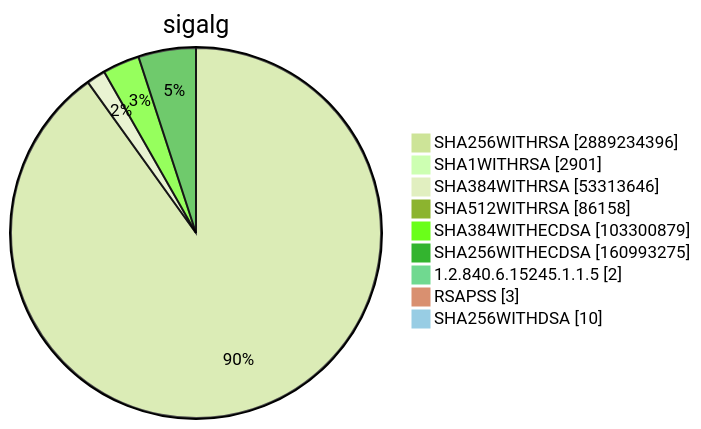
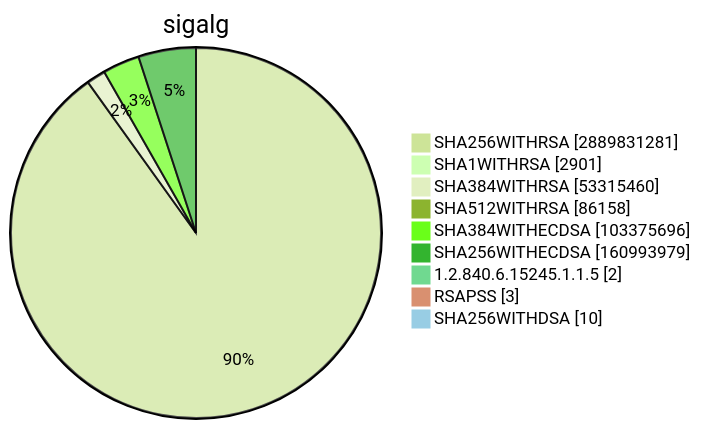
Before and after one commit to christiankrug/ctmonitor_visualization: diagram 15 of 15 in TOTAL/README.md, drawn with Mermaid (forest theme). The commit also changed other lines of this file, not shown here.

````diff
--- a/TOTAL/README.md
+++ b/TOTAL/README.md
@@ -6207,13 +6207,13 @@
 ```mermaid
 pie showData
 title sigalg
-"SHA256WITHRSA" :2889234396
+"SHA256WITHRSA" :2889831281
 "SHA1WITHRSA" :2901
-"SHA384WITHRSA" :53313646
+"SHA384WITHRSA" :53315460
 "SHA512WITHRSA" :86158
-"SHA384WITHECDSA" :103300879
-"SHA256WITHECDSA" :160993275
+"SHA384WITHECDSA" :103375696
+"SHA256WITHECDSA" :160993979
 "1.2.840.6.15245.1.1.5" :2
 "RSAPSS" :3
 "SHA256WITHDSA" :10
 ```
````
